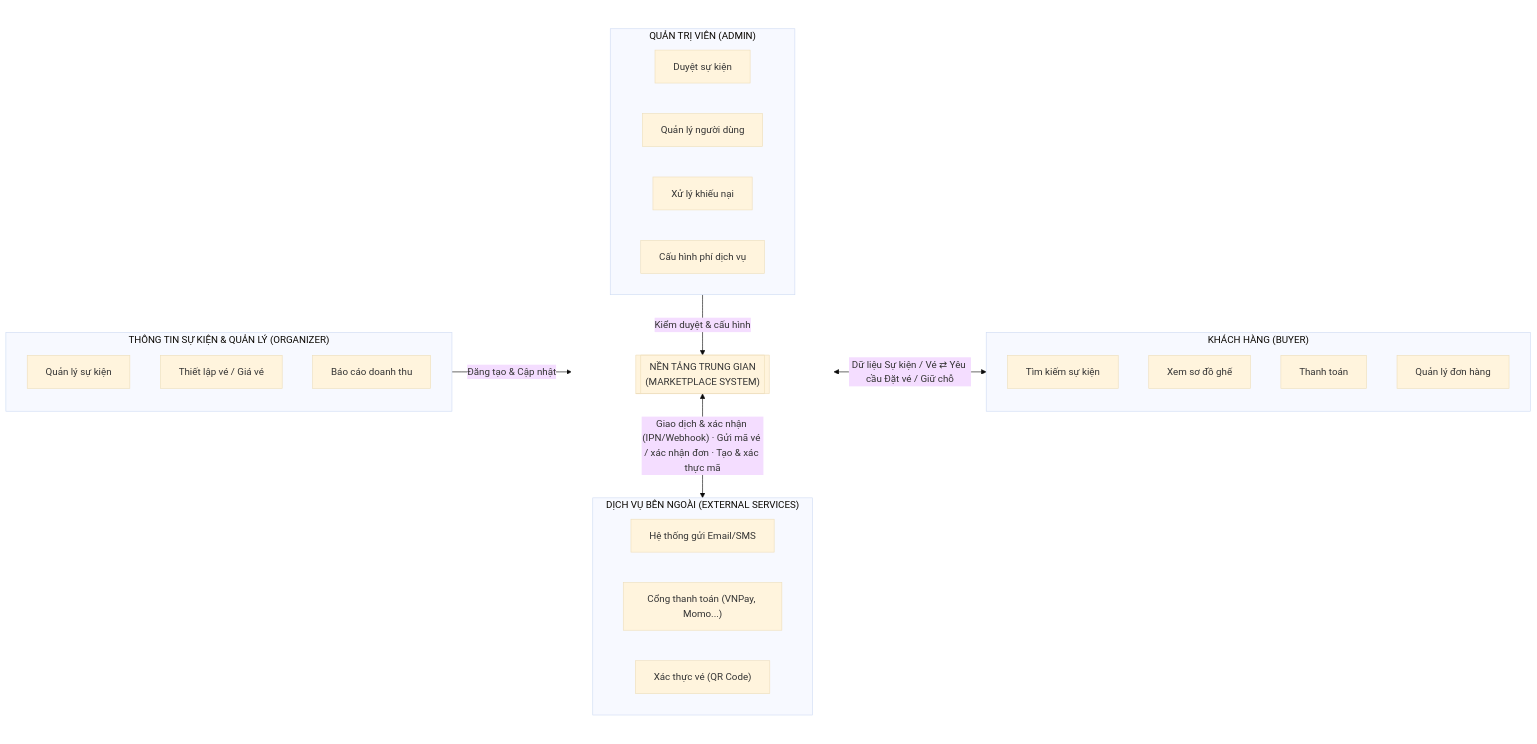
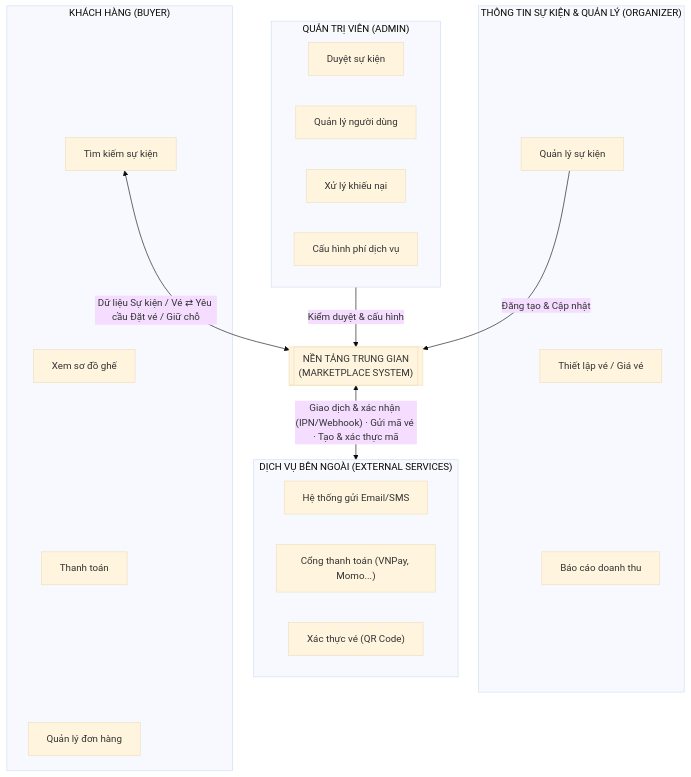
One commit to tranducthai/booking-ticket-system changed the first of 4 diagrams in docs/spec-vi/01-business-analysis.md. Above: the diagram before and after it, drawn with Mermaid (base theme). The commit also changed 1 other file, not shown here.

Commit message:
docs(business-analysis): lay out Admin/External horizontally, Organizer/Buyer vertically

````diff
--- a/docs/spec-vi/01-business-analysis.md
+++ b/docs/spec-vi/01-business-analysis.md
@@ -13,45 +13,37 @@
 ```mermaid
-flowchart LR
+flowchart TB
     subgraph ORGANIZER["THÔNG TIN SỰ KIỆN & QUẢN LÝ (ORGANIZER)"]
-        direction TB
         A1["Quản lý sự kiện"]
         A2["Thiết lập vé / Giá vé"]
         A4["Báo cáo doanh thu"]
+        A1 ~~~ A2 ~~~ A4
     end
 
-    subgraph CENTER[" "]
-        direction TB
-        subgraph ADMIN["QUẢN TRỊ VIÊN (ADMIN)"]
-            direction LR
-            B1["Duyệt sự kiện"]
-            B2["Quản lý người dùng"]
-            B3["Xử lý khiếu nại"]
-            B4["Cấu hình phí dịch vụ"]
-        end
+    subgraph ADMIN["QUẢN TRỊ VIÊN (ADMIN)"]
+        B1["Duyệt sự kiện"]
+        B2["Quản lý người dùng"]
+        B3["Xử lý khiếu nại"]
+        B4["Cấu hình phí dịch vụ"]
+    end
 
-        SYSTEM[["NỀN TẢNG TRUNG GIAN<br/>(MARKETPLACE SYSTEM)"]]
+    SYSTEM[["NỀN TẢNG TRUNG GIAN<br/>(MARKETPLACE SYSTEM)"]]
 
-        subgraph EXTERNAL["DỊCH VỤ BÊN NGOÀI (EXTERNAL SERVICES)"]
-            direction LR
-            E1["Hệ thống gửi Email/SMS"]
-            E2["Cổng thanh toán (VNPay, Momo...)"]
-            E3["Xác thực vé (QR Code)"]
-        end
-
-        ADMIN -->|"Kiểm duyệt & cấu hình"| SYSTEM
-        SYSTEM <-->|"Giao dịch & xác nhận (IPN/Webhook) · Gửi mã vé / xác nhận đơn · Tạo & xác thực mã"| EXTERNAL
+    subgraph EXTERNAL["DỊCH VỤ BÊN NGOÀI (EXTERNAL SERVICES)"]
+        E1["Hệ thống gửi Email/SMS"]
+        E2["Cổng thanh toán (VNPay, Momo...)"]
+        E3["Xác thực vé (QR Code)"]
     end
 
     subgraph BUYER["KHÁCH HÀNG (BUYER)"]
-        direction TB
         C1["Tìm kiếm sự kiện"]
         C2["Xem sơ đồ ghế"]
         C3["Thanh toán"]
         C4["Quản lý đơn hàng"]
+        C1 ~~~ C2 ~~~ C3 ~~~ C4
     end
 
-    ORGANIZER -->|"Đăng tạo & Cập nhật"| CENTER
-    CENTER <-->|"Dữ liệu Sự kiện / Vé ⇄ Yêu cầu Đặt vé / Giữ chỗ"| BUYER
-
-    style CENTER fill:none,stroke:none
+    ADMIN -->|"Kiểm duyệt & cấu hình"| SYSTEM
+    A1 -->|"Đăng tạo & Cập nhật"| SYSTEM
+    C1 <-->|"Dữ liệu Sự kiện / Vé ⇄ Yêu cầu Đặt vé / Giữ chỗ"| SYSTEM
+    SYSTEM <-->|"Giao dịch & xác nhận (IPN/Webhook) · Gửi mã vé · Tạo & xác thực mã"| EXTERNAL
 ```
````
